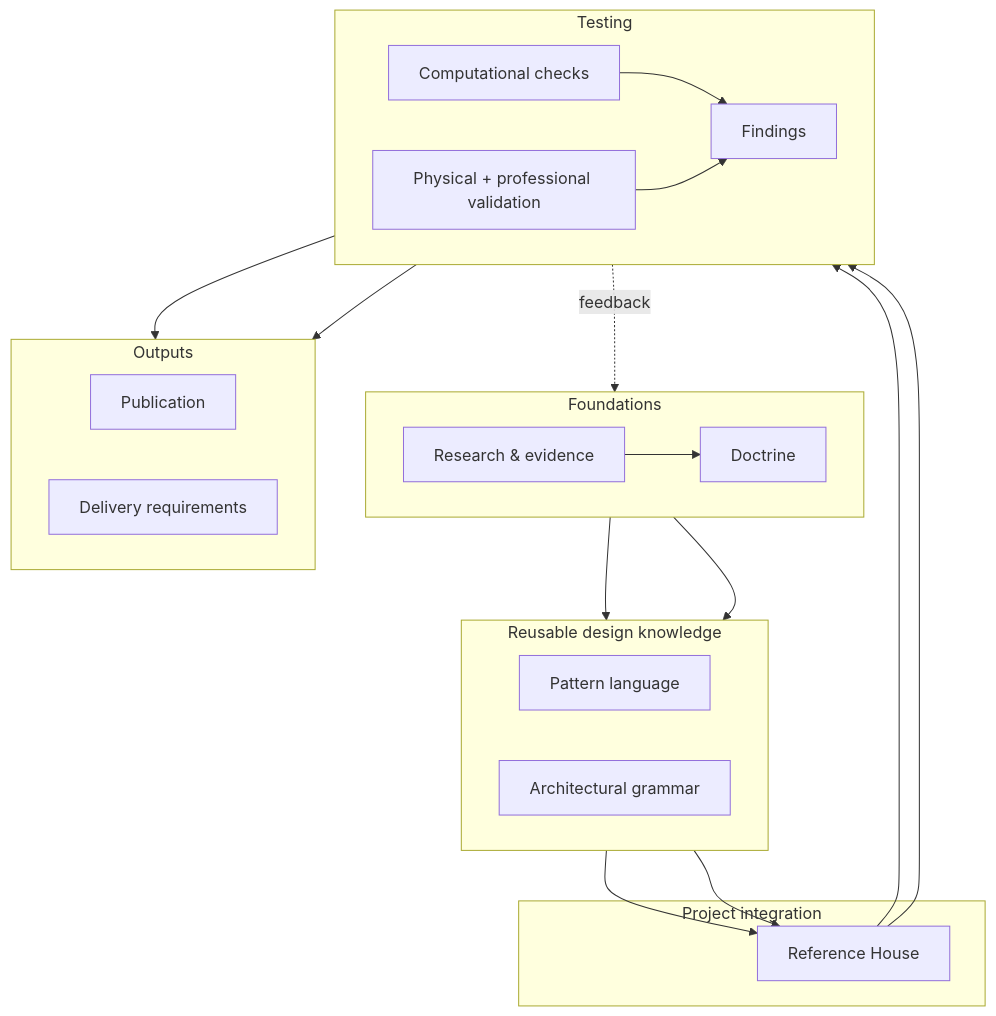
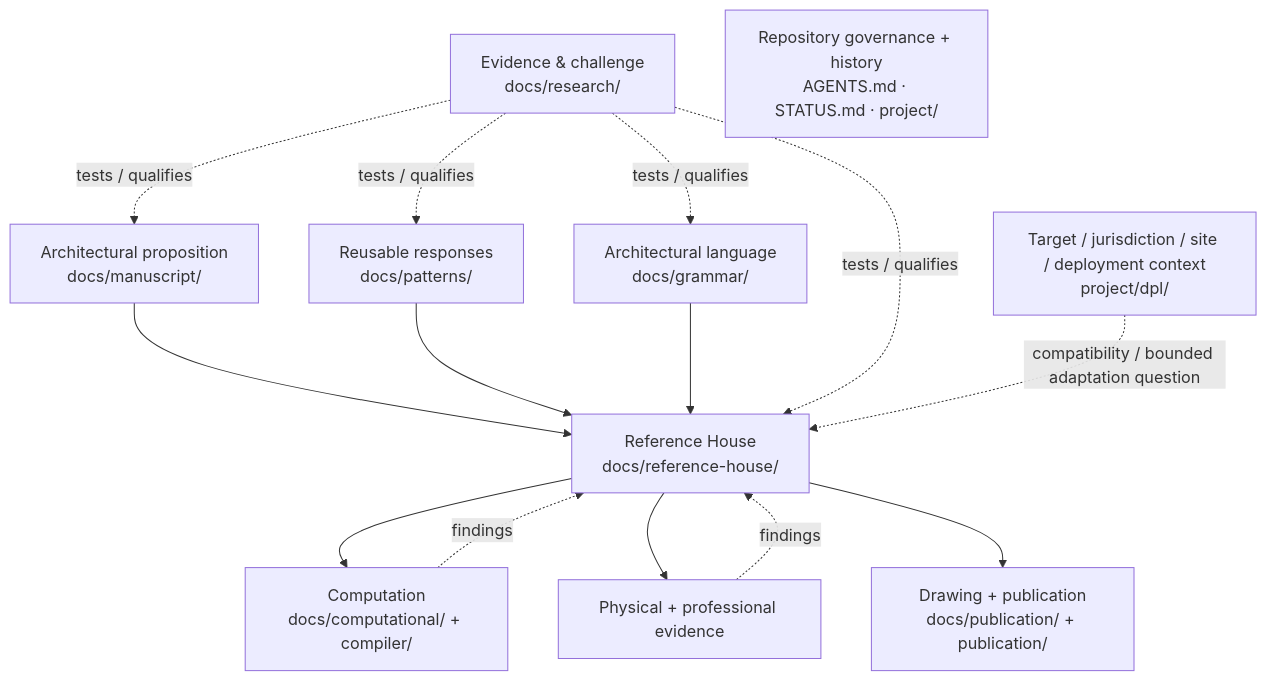
The diagram in README.md (adamnoden/architecture), drawn with Mermaid before and after one commit. The commit also changed other lines of this file, not shown here.

Commit message:
docs(rdm): rebase root repository map onto RDM-03

````diff
--- a/README.md
+++ b/README.md
@@ -45,39 +24,27 @@
 ```mermaid
 flowchart TB
-    subgraph S1["Foundations"]
-        direction LR
-        E["Research & evidence"] --> D["Doctrine"]
-    end
+    A["Architectural proposition<br/>docs/manuscript/"]
+    P["Reusable responses<br/>docs/patterns/"]
+    G["Architectural language<br/>docs/grammar/"]
+    E["Evidence & challenge<br/>docs/research/"]
+    RH["Reference House<br/>docs/reference-house/"]
+    C["Computation<br/>docs/computational/ + compiler/"]
+    V["Physical + professional evidence"]
+    PUB["Drawing + publication<br/>docs/publication/ + publication/"]
+    DPL["Target / jurisdiction / site / deployment context<br/>project/dpl/"]
+    GOV["Repository governance + history<br/>AGENTS.md · STATUS.md · project/"]
 
-    subgraph S2["Reusable design knowledge"]
-        direction LR
-        P["Pattern language"]
-        G["Architectural grammar"]
-    end
-
-    subgraph S3["Project integration"]
-        RH["Reference House"]
-    end
-
-    subgraph S4["Testing"]
-        direction LR
-        C["Computational checks"] --> F["Findings"]
-        V["Physical + professional validation"] --> F
-    end
-
-    subgraph S5["Outputs"]
-        direction LR
-        PUB["Publication"]
-        DEL["Delivery requirements"]
-    end
-
-    D --> P
-    E --> G
+    A --> RH
     P --> RH
     G --> RH
+    E -. "tests / qualifies" .-> A
+    E -. "tests / qualifies" .-> P
+    E -. "tests / qualifies" .-> G
+    E -. "tests / qualifies" .-> RH
     RH --> C
     RH --> V
-    F -. "feedback" .-> E
-    F --> PUB
-    F --> DEL
+    RH --> PUB
+    C -. "findings" .-> RH
+    V -. "findings" .-> RH
+    DPL -. "compatibility / bounded adaptation question" .-> RH
 ```
````
